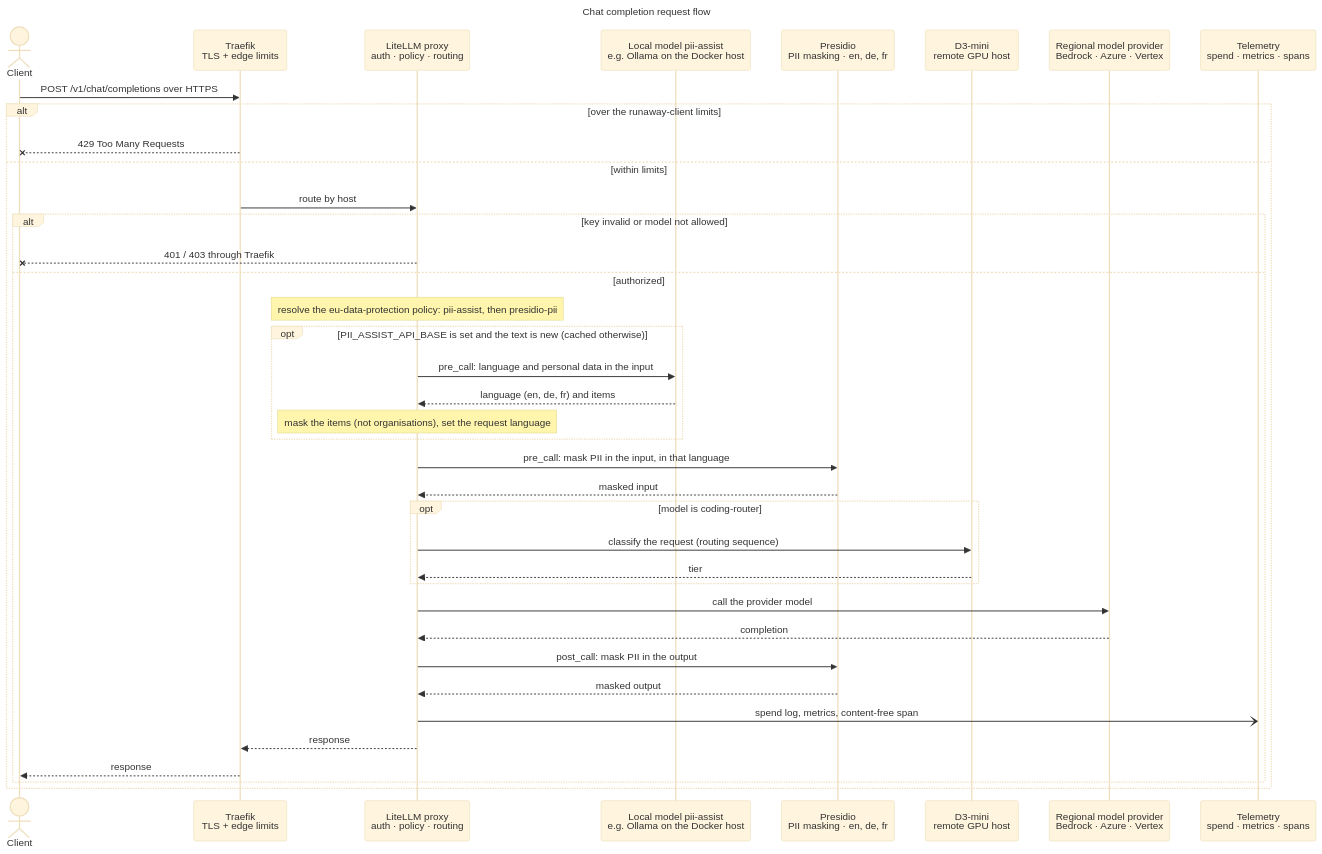
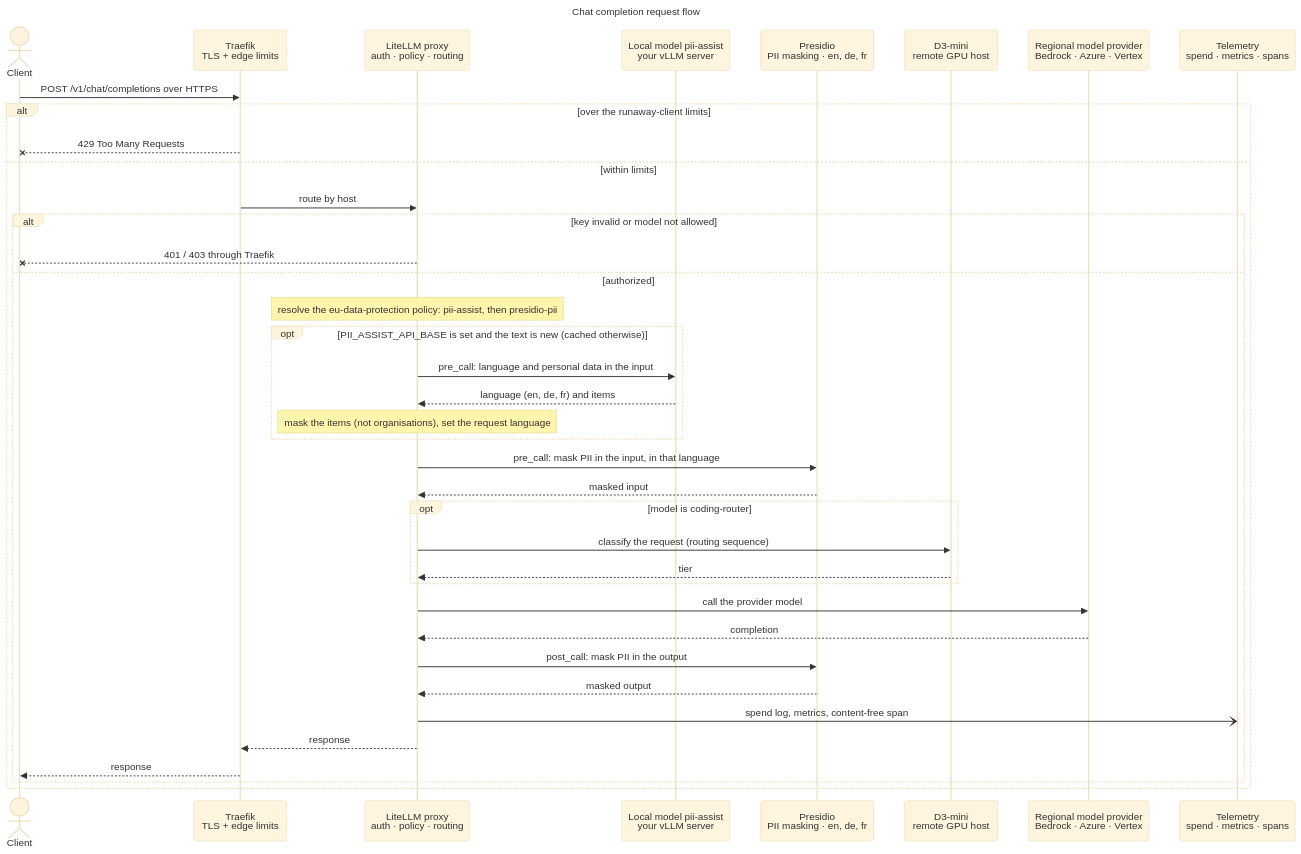
Before and after one commit to bella-1337/effective-spoon: the diagram in diagrams/10-chat-request-flow.mmd, drawn with Mermaid (base theme). The commit also changed 15 other files, not shown here.

First line of the commit message:
Serve the pii-assist model from an operator-run vLLM server instead of Ollama

```diff
--- a/diagrams/10-chat-request-flow.mmd
+++ b/diagrams/10-chat-request-flow.mmd
@@ -1,49 +1,49 @@
 ---
 title: Chat completion request flow
 ---
 sequenceDiagram
   %% Source for 10-chat-request-flow.html. Edit this file, then run ./scripts/render-diagrams.py.
   %% Directives: docs in diagrams/README.md (Updating diagrams).
   %% @subtitle From the client's HTTPS call to the response, through edge limits, authentication, policy, PII masking, routing, and telemetry
   %% @type cloud: TR
   %% @type security: PR
-  %% @type external: D3 EUP OL
+  %% @type external: D3 EUP VLM
   %% @type database: OBS
   actor C as Client
   participant TR as Traefik<br/>TLS + edge limits
   participant LL as LiteLLM proxy<br/>auth · policy · routing
-  participant OL as Local model pii-assist<br/>e.g. Ollama on the Docker host
+  participant VLM as Local model pii-assist<br/>your vLLM server
   participant PR as Presidio<br/>PII masking · en, de, fr
   participant D3 as D3-mini<br/>remote GPU host
   participant EUP as Regional model provider<br/>Bedrock · Azure · Vertex
   participant OBS as Telemetry<br/>spend · metrics · spans
 
   C->>TR: POST /v1/chat/completions over HTTPS
   alt over the runaway-client limits
     TR--xC: 429 Too Many Requests
   else within limits
     TR->>LL: route by host
     alt key invalid or model not allowed
       LL--xC: 401 / 403 through Traefik
     else authorized
       Note over LL: resolve the eu-data-protection policy: pii-assist, then presidio-pii
       opt PII_ASSIST_API_BASE is set and the text is new (cached otherwise)
-        LL->>OL: pre_call: language and personal data in the input
-        OL-->>LL: language (en, de, fr) and items
+        LL->>VLM: pre_call: language and personal data in the input
+        VLM-->>LL: language (en, de, fr) and items
         Note over LL: mask the items (not organisations), set the request language
       end
       LL->>PR: pre_call: mask PII in the input, in that language
       PR-->>LL: masked input
       opt model is coding-router
         LL->>D3: classify the request (routing sequence)
         D3-->>LL: tier
       end
       LL->>EUP: call the provider model
       EUP-->>LL: completion
       LL->>PR: post_call: mask PII in the output
       PR-->>LL: masked output
       LL-)OBS: spend log, metrics, content-free span
       LL-->>TR: response
       TR-->>C: response
     end
   end
```
